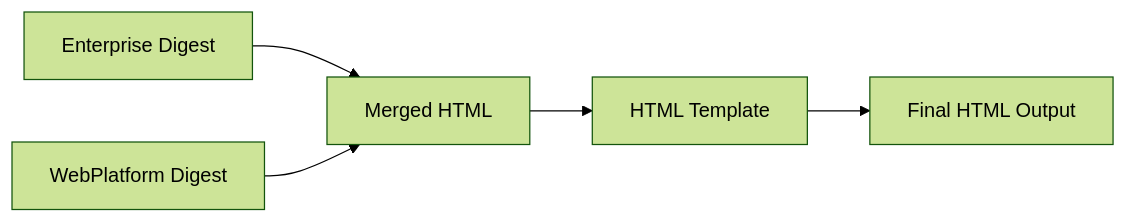
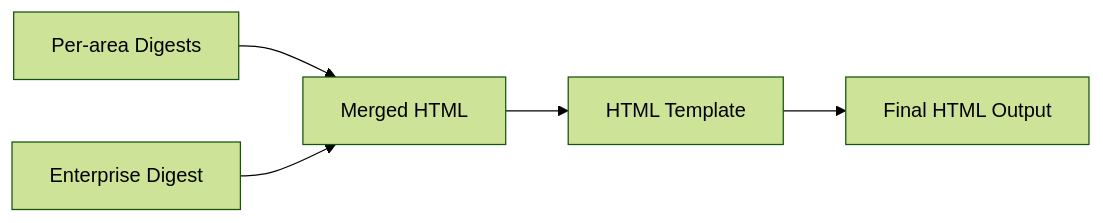
The fifth of 5 diagrams in project_docs/tech_docs/technical-overview.md (novac42/chrome-update-digest), drawn with Mermaid (forest theme) before and after one commit. The commit also changed other lines of this file and 68 other files, not shown here.

````diff
--- a/project_docs/tech_docs/technical-overview.md
+++ b/project_docs/tech_docs/technical-overview.md
@@ -133,7 +216,7 @@
 ```mermaid
 graph LR
-    A[Enterprise Digest] --> C[Merged HTML]
-    B[WebPlatform Digest] --> C
+    A[Per-area Digests] --> C[Merged HTML]
+    B[Enterprise Digest] --> C
     C --> D[HTML Template]
     D --> E[Final HTML Output]
 ```
````
